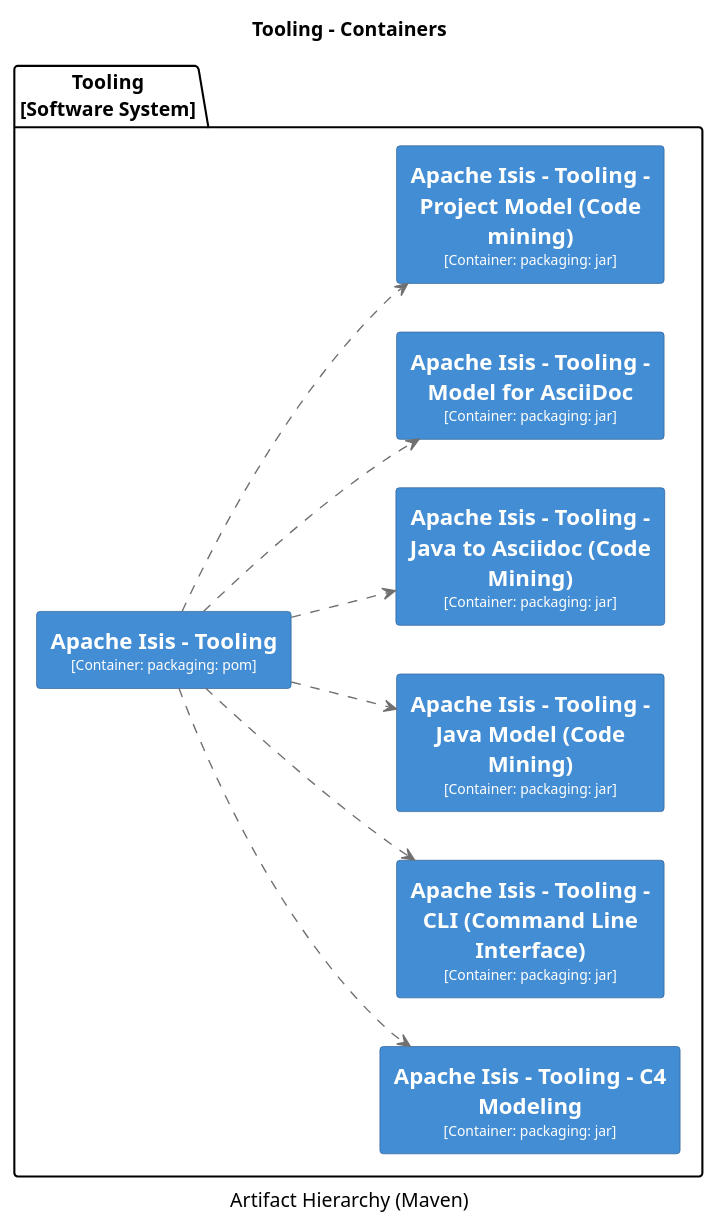
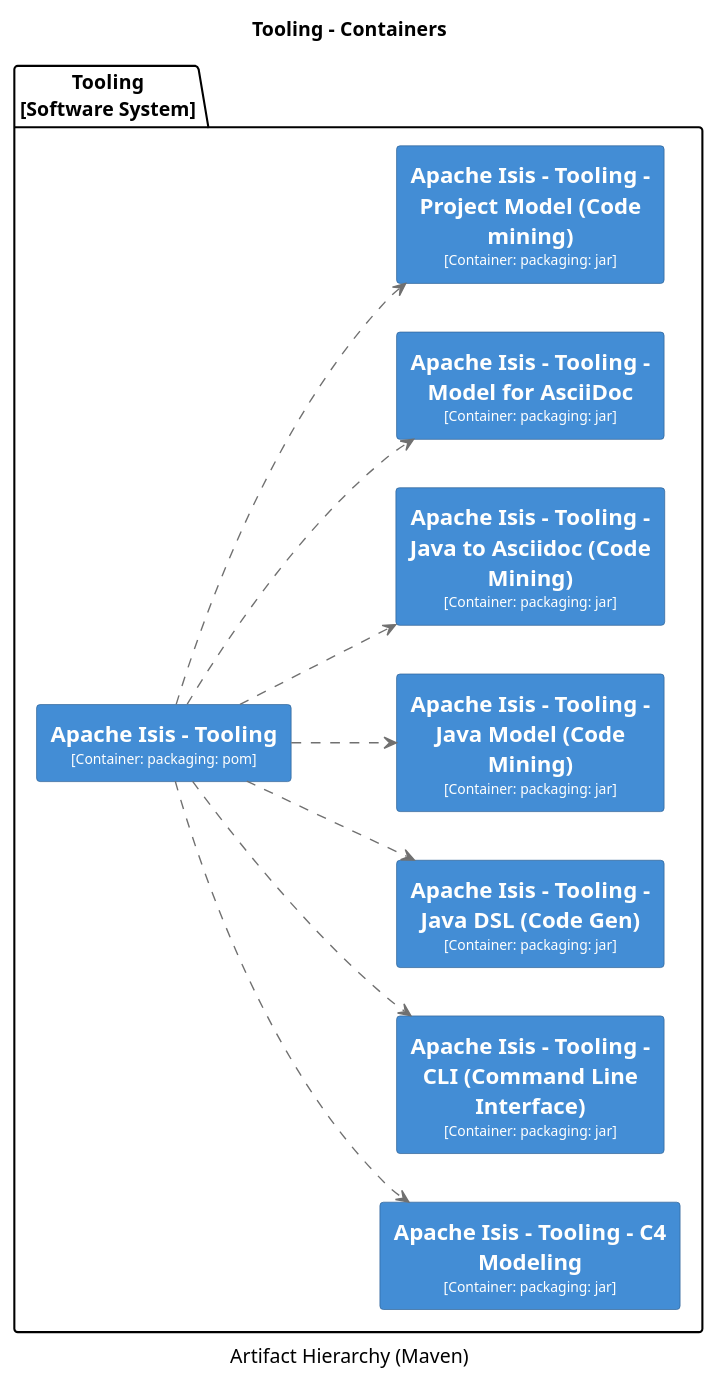
One commit to apache/causeway changed diagram 33 of 38 in core/adoc/modules/_overview/pages/about.adoc. Above: the diagram before and after it, drawn with PlantUML. The commit also changed other lines of this file and 130 other files, not shown here.

```diff
--- a/core/adoc/modules/_overview/pages/about.adoc
+++ b/core/adoc/modules/_overview/pages/about.adoc
@@ -5323,67 +5812,74 @@
 [plantuml,Tooling,svg]
 ----
 @startuml(id=Tooling)
 title Tooling - Containers
 caption Artifact Hierarchy (Maven)
 
 skinparam {
   shadowing false
   arrowFontSize 10
   defaultTextAlignment center
   wrapWidth 200
   maxMessageSize 100
 }
 hide stereotype
 left to right direction
 skinparam rectangle<<2>> {
   BackgroundColor #438dd5
   FontColor #fffffe
   BorderColor #2E6295
 }
 skinparam rectangle<<3>> {
   BackgroundColor #438dd5
   FontColor #fffffe
   BorderColor #2E6295
 }
 skinparam rectangle<<4>> {
   BackgroundColor #438dd5
   FontColor #fffffe
   BorderColor #2E6295
 }
 skinparam rectangle<<5>> {
   BackgroundColor #438dd5
   FontColor #fffffe
   BorderColor #2E6295
 }
 skinparam rectangle<<6>> {
   BackgroundColor #438dd5
   FontColor #fffffe
   BorderColor #2E6295
 }
 skinparam rectangle<<7>> {
   BackgroundColor #438dd5
   FontColor #fffffe
   BorderColor #2E6295
 }
 skinparam rectangle<<8>> {
   BackgroundColor #438dd5
   FontColor #fffffe
   BorderColor #2E6295
 }
+skinparam rectangle<<9>> {
+  BackgroundColor #438dd5
+  FontColor #fffffe
+  BorderColor #2E6295
+}
 package "Tooling\n[Software System]" {
   rectangle "==Apache Isis - Tooling\n<size:10>[Container: packaging: pom]</size>" <<2>> as 2
   rectangle "==Apache Isis - Tooling - C4 Modeling\n<size:10>[Container: packaging: jar]</size>" <<3>> as 3
   rectangle "==Apache Isis - Tooling - CLI (Command Line Interface)\n<size:10>[Container: packaging: jar]</size>" <<4>> as 4
-  rectangle "==Apache Isis - Tooling - Java Model (Code Mining)\n<size:10>[Container: packaging: jar]</size>" <<6>> as 6
-  rectangle "==Apache Isis - Tooling - Java to Asciidoc (Code Mining)\n<size:10>[Container: packaging: jar]</size>" <<5>> as 5
-  rectangle "==Apache Isis - Tooling - Model for AsciiDoc\n<size:10>[Container: packaging: jar]</size>" <<7>> as 7
-  rectangle "==Apache Isis - Tooling - Project Model (Code mining)\n<size:10>[Container: packaging: jar]</size>" <<8>> as 8
+  rectangle "==Apache Isis - Tooling - Java DSL (Code Gen)\n<size:10>[Container: packaging: jar]</size>" <<5>> as 5
+  rectangle "==Apache Isis - Tooling - Java Model (Code Mining)\n<size:10>[Container: packaging: jar]</size>" <<7>> as 7
+  rectangle "==Apache Isis - Tooling - Java to Asciidoc (Code Mining)\n<size:10>[Container: packaging: jar]</size>" <<6>> as 6
+  rectangle "==Apache Isis - Tooling - Model for AsciiDoc\n<size:10>[Container: packaging: jar]</size>" <<8>> as 8
+  rectangle "==Apache Isis - Tooling - Project Model (Code mining)\n<size:10>[Container: packaging: jar]</size>" <<9>> as 9
 }
 2 .[#707070].> 3 : ""
 2 .[#707070].> 4 : ""
-2 .[#707070].> 6 : ""
 2 .[#707070].> 5 : ""
 2 .[#707070].> 7 : ""
+2 .[#707070].> 6 : ""
 2 .[#707070].> 8 : ""
+2 .[#707070].> 9 : ""
 @enduml
 ----
```
